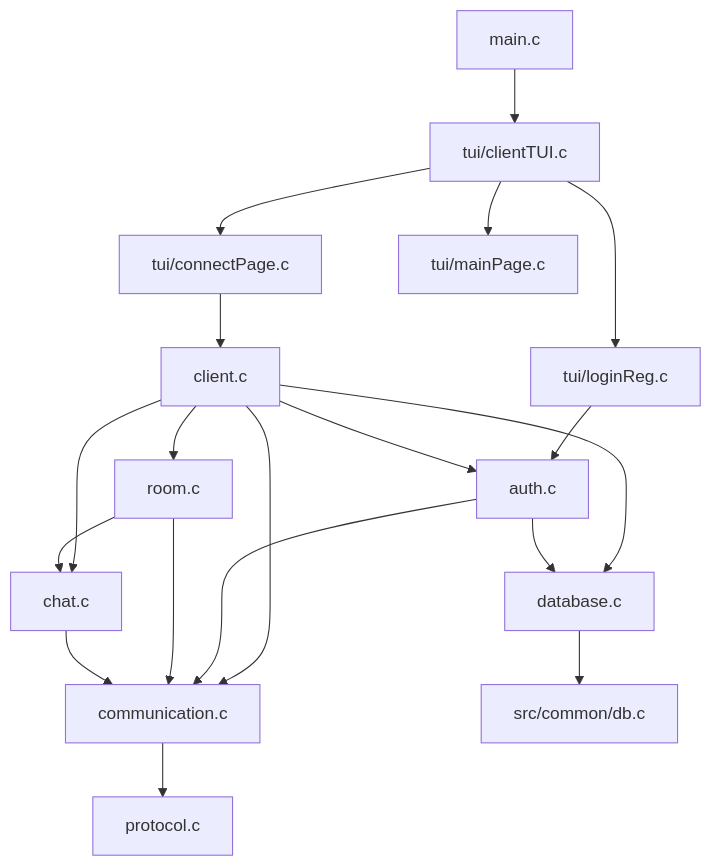
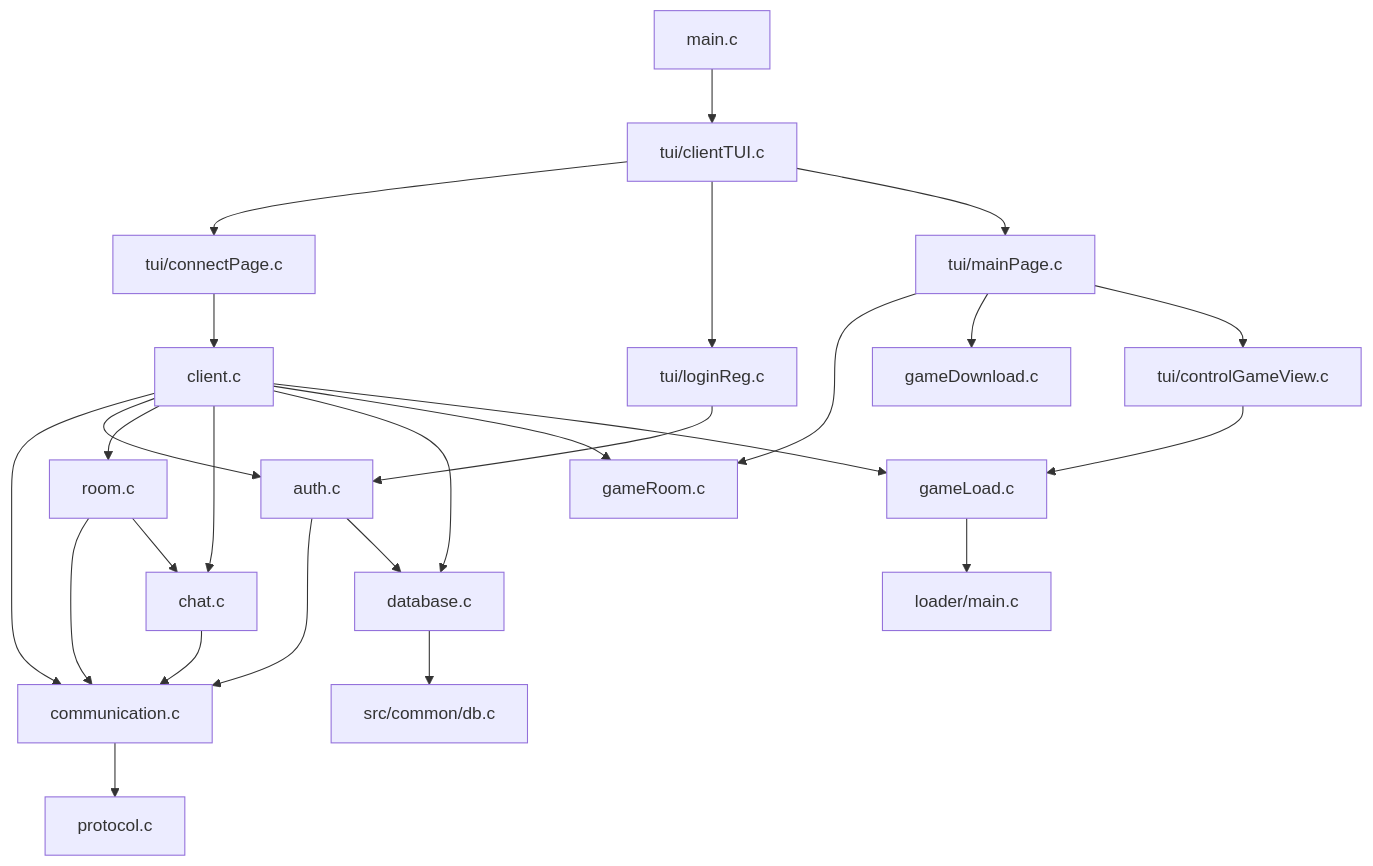
Diagram 18 of 28 in docs/API.md (WinstonMeursault/PacPlay), drawn with Mermaid before and after one commit. The commit also changed other lines of this file and 63 other files, not shown here.

````diff
--- a/docs/API.md
+++ b/docs/API.md
@@ -2102,21 +2408,28 @@
 ```mermaid
 graph TD
     main.c --> tui/clientTUI.c
     tui/clientTUI.c --> tui/connectPage.c
     tui/clientTUI.c --> tui/loginReg.c
     tui/clientTUI.c --> tui/mainPage.c
     tui/connectPage.c --> client.c
     tui/loginReg.c --> auth.c
     client.c --> communication.c
     client.c --> auth.c
     client.c --> room.c
     client.c --> chat.c
     client.c --> database.c
     auth.c --> communication.c
     auth.c --> database.c
     room.c --> communication.c
     room.c --> chat.c
     chat.c --> communication.c
     communication.c --> protocol.c
     database.c --> common_db[src/common/db.c]
+    tui/mainPage.c --> gameRoom.c
+    tui/mainPage.c --> gameDownload.c
+    tui/mainPage.c --> tui/controlGameView.c
+    tui/controlGameView.c --> gameLoad.c
+    gameLoad.c --> loader/main.c
+    client.c --> gameRoom.c
+    client.c --> gameLoad.c
 ```
````
